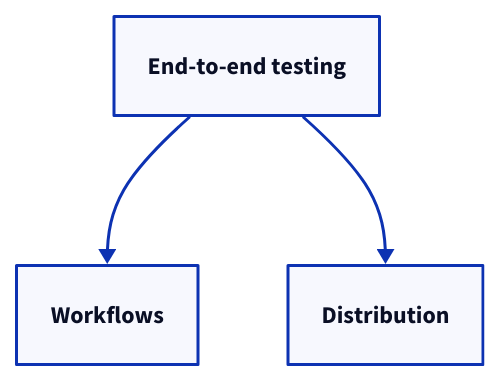
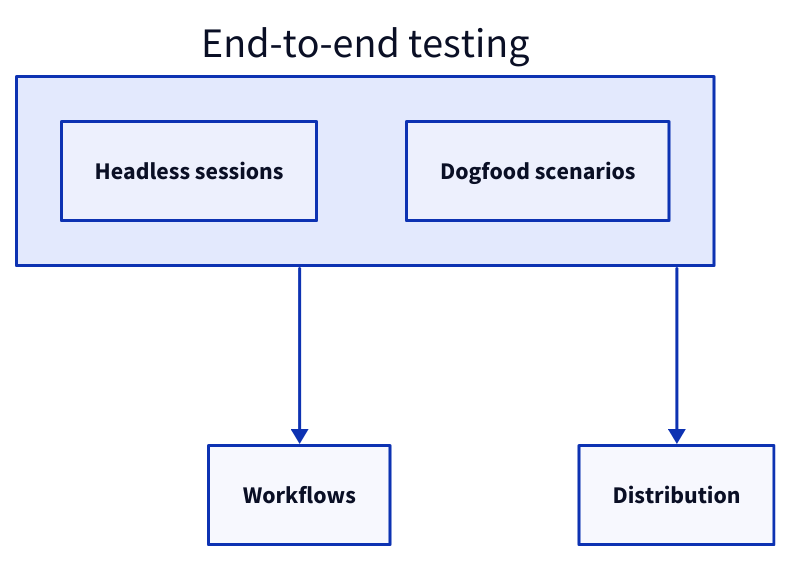
Before and after one commit to FTOD/concorde: the second of 2 diagrams in specs/concorde/e2e/module.md, drawn with D2. The commit also changed other lines of this file and 22 other files, not shown here.

First line of the commit message:
Add Headless sessions and Dogfood scenarios to End-to-end testing

````diff
--- a/specs/concorde/e2e/module.md
+++ b/specs/concorde/e2e/module.md
@@ -151,7 +159,10 @@
 ```d2
-e2e: End-to-end testing
+e2e: End-to-end testing {
+  sessions: Headless sessions
+  dogfood: Dogfood scenarios
+}
 workflows: Workflows
 distribution: Distribution
 e2e -> workflows
 e2e -> distribution
 ```
````
